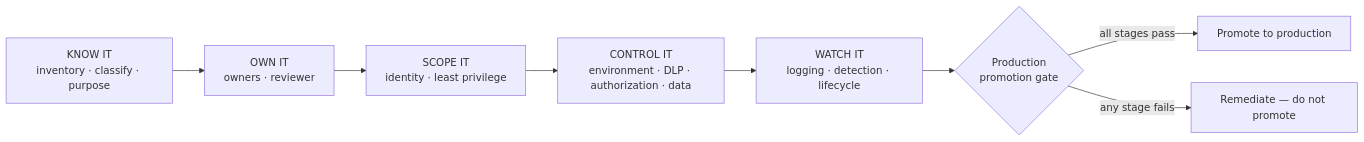
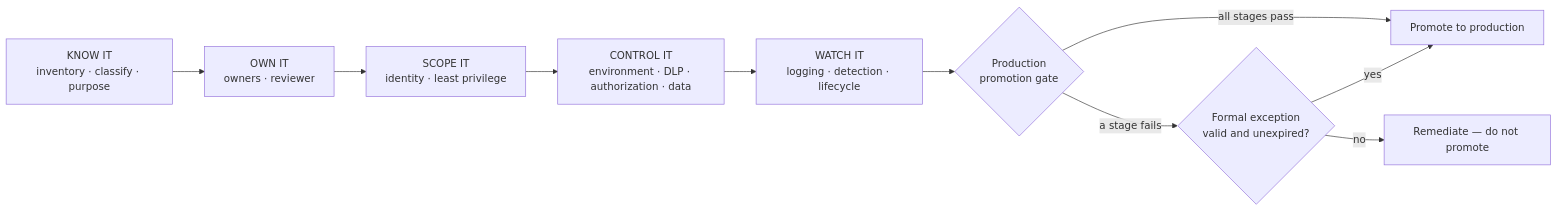
One commit to solliancenet/copilot-studio-shadow-agents-workshop changed the diagram in docs/06_security_baseline/06_security_baseline.md. Above: the diagram before and after it, drawn with Mermaid. The commit also changed 1 other file, not shown here.

Commit message:
Exercise 06 review: exception check on every failed stage in both gate diagrams, compensating control actually in place, approver isn't the owner, one rule for all-MISSES failures, Team Wiki classified from its grounding

````diff
--- a/docs/06_security_baseline/06_security_baseline.md
+++ b/docs/06_security_baseline/06_security_baseline.md
@@ -28,10 +28,12 @@
 ```mermaid
 flowchart LR
   K["KNOW IT<br/>inventory · classify · purpose"] --> O["OWN IT<br/>owners · reviewer"]
   O --> S["SCOPE IT<br/>identity · least privilege"]
   S --> C["CONTROL IT<br/>environment · DLP · authorization · data"]
   C --> W["WATCH IT<br/>logging · detection · lifecycle"]
   W --> G{"Production<br/>promotion gate"}
   G -->|all stages pass| P["Promote to production"]
-  G -->|any stage fails| R["Remediate — do not promote"]
+  G -->|a stage fails| E{"Formal exception<br/>valid and unexpired?"}
+  E -->|yes| P
+  E -->|no| R["Remediate — do not promote"]
 ```
````
